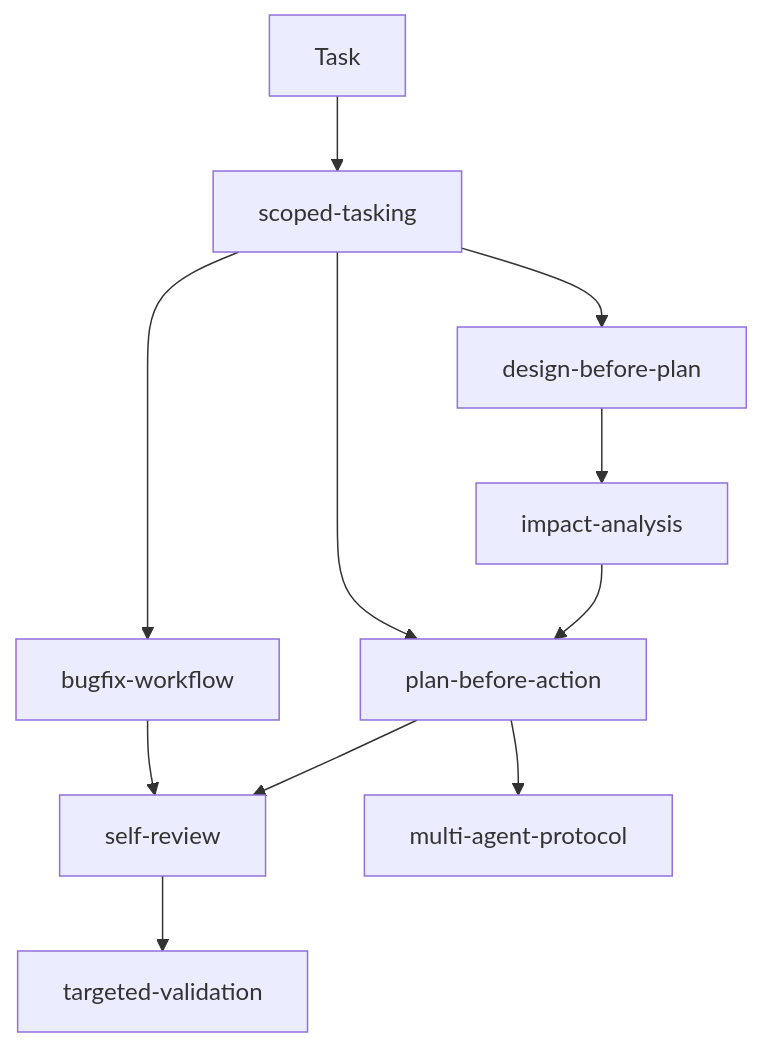
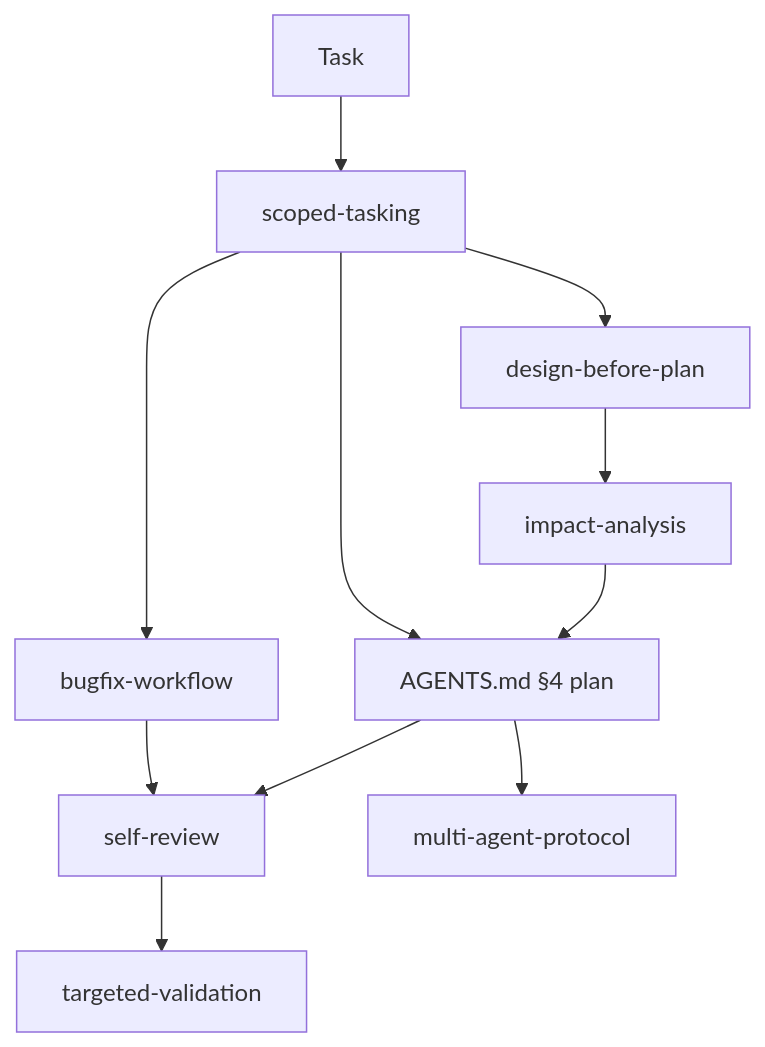
Before and after one commit to nickdu2009/agent-skills: the diagram in README.md, drawn with Mermaid. The commit also changed other lines of this file and 25 other files, not shown here.

First line of the commit message:
refactor(governance): retire plan-before-action; introduce Behavioral Guidelines

````diff
--- a/README.md
+++ b/README.md
@@ -7,13 +7,13 @@
 ```mermaid
 flowchart TD
     T[Task] --> S[scoped-tasking]
     S --> B[bugfix-workflow]
-    S --> P[plan-before-action]
+    S --> P["AGENTS.md §4 plan"]
     S --> D[design-before-plan]
     D --> IA[impact-analysis]
     IA --> P
     P --> SR[self-review]
     B --> SR
     SR --> V[targeted-validation]
     P --> O[multi-agent-protocol]
 ```
````
